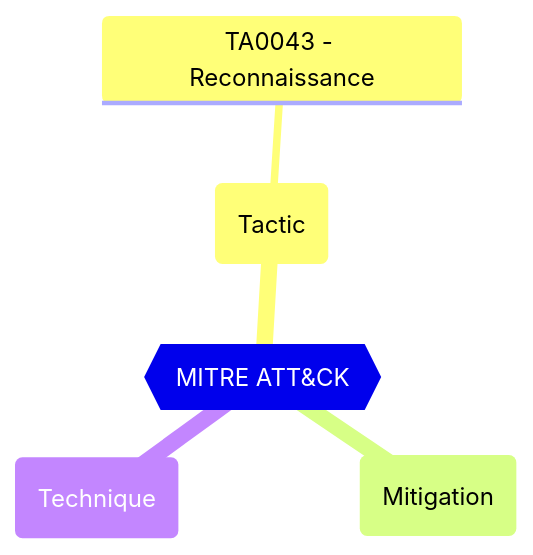
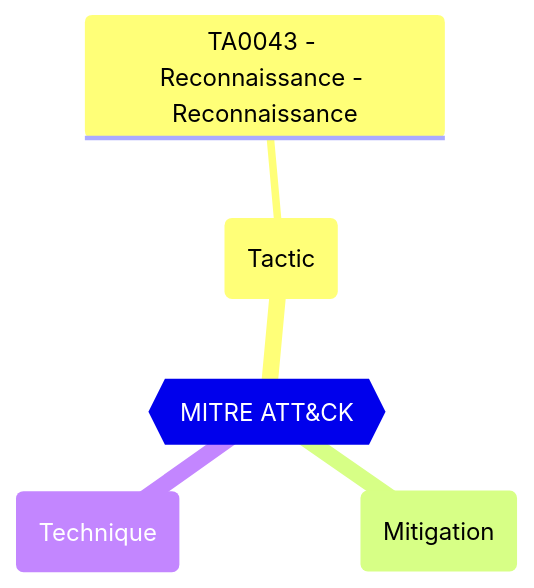
Before and after one commit to maester365/maester: the diagram in docs/docs/tests/AADSC/AADSC.authorizationPolicy.allowedToReadOtherUsers.md, drawn with Mermaid. The commit also changed other lines of this file and 95 other files, not shown here.

````diff
--- a/docs/docs/tests/AADSC/AADSC.authorizationPolicy.allowedToReadOtherUsers.md
+++ b/docs/docs/tests/AADSC/AADSC.authorizationPolicy.allowedToReadOtherUsers.md
@@ -19,10 +31,10 @@
 ```mermaid
 mindmap
   root{{MITRE ATT&CK}}
     (Tactic)
-      TA0043 - Reconnaissance
+      TA0043 - Reconnaissance - Reconnaissance
     (Mitigation)
 
     (Technique)
 
 ```
````
